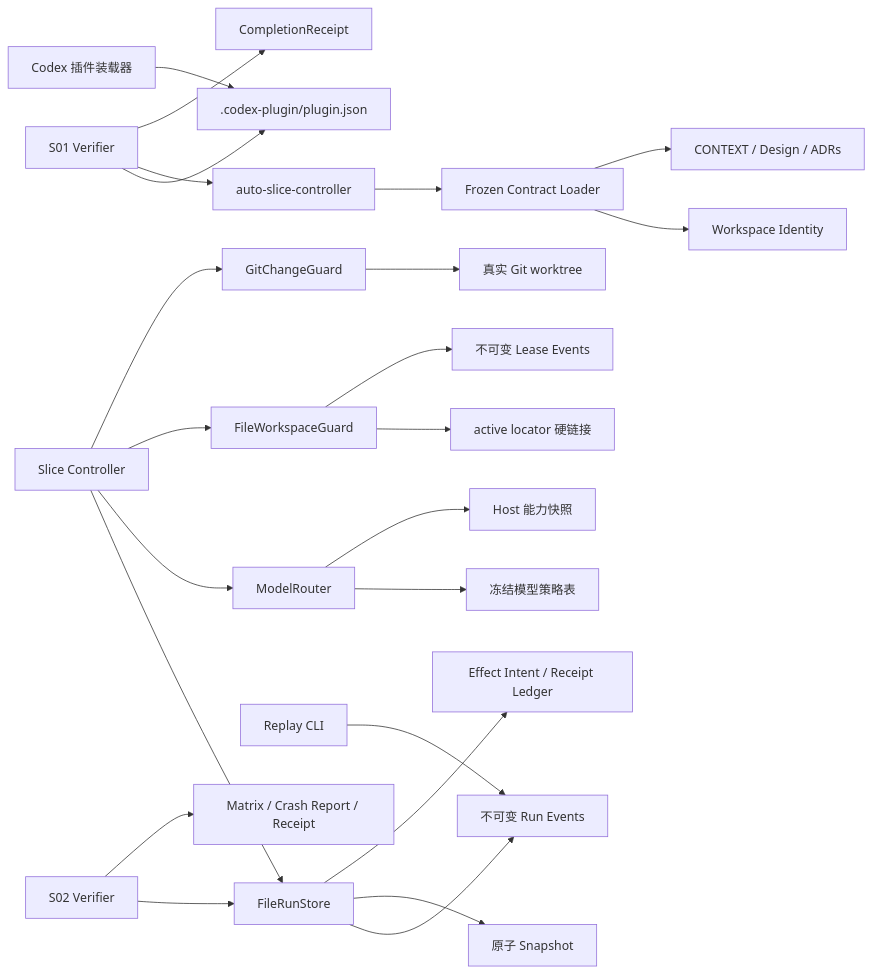
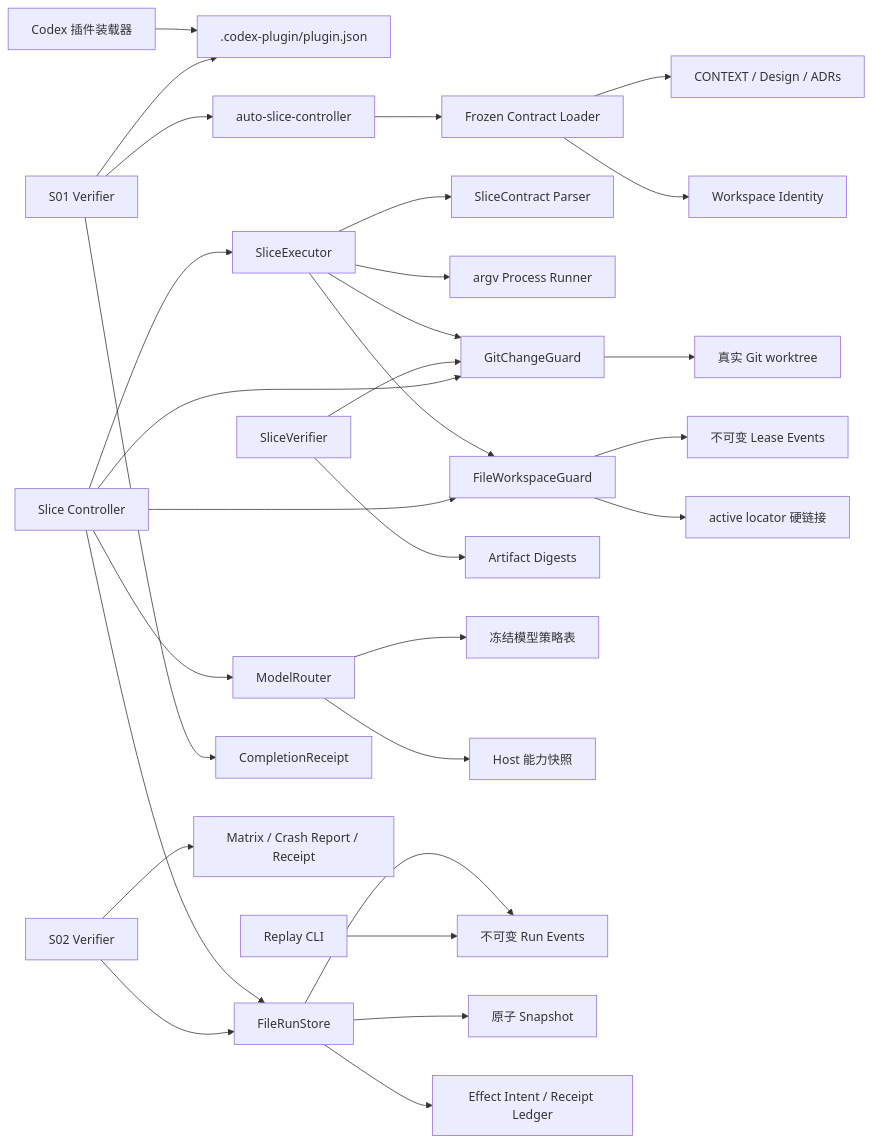
The diagram in docs/架构.md (adaelon/auto-slice), drawn with Mermaid before and after one commit. The commit also changed other lines of this file and 19 other files, not shown here.

````diff
--- a/docs/架构.md
+++ b/docs/架构.md
@@ -5,25 +5,32 @@
 ```mermaid
 flowchart LR
   Codex["Codex 插件装载器"] --> Manifest[".codex-plugin/plugin.json"]
   CLI["auto-slice-controller"] --> Loader["Frozen Contract Loader"]
   Loader --> Identity["Workspace Identity"]
   Loader --> Inputs["CONTEXT / Design / ADRs"]
   Controller["Slice Controller"] --> RunStore["FileRunStore"]
   Controller --> ModelRouter["ModelRouter"]
+  Controller --> SliceExecutor["SliceExecutor"]
+  SliceExecutor --> ContractParser["SliceContract Parser"]
+  SliceExecutor --> ProcessRunner["argv Process Runner"]
+  SliceExecutor --> WorkspaceGuard
+  SliceExecutor --> ChangeGuard
+  SliceVerifier["SliceVerifier"] --> ChangeGuard
+  SliceVerifier --> Artifacts["Artifact Digests"]
   ModelRouter --> PolicyTable["冻结模型策略表"]
   ModelRouter --> HostCapabilities["Host 能力快照"]
   RunStore --> Events["不可变 Run Events"]
   RunStore --> Snapshot["原子 Snapshot"]
   RunStore --> Effects["Effect Intent / Receipt Ledger"]
   Controller --> WorkspaceGuard["FileWorkspaceGuard"]
   WorkspaceGuard --> ActiveLease["active locator 硬链接"]
   WorkspaceGuard --> LeaseEvents["不可变 Lease Events"]
   Controller --> ChangeGuard["GitChangeGuard"]
   ChangeGuard --> Git["真实 Git worktree"]
   Replay["Replay CLI"] --> Events
   Verifier["S01 Verifier"] --> Manifest
   Verifier --> CLI
   Verifier --> Receipt["CompletionReceipt"]
   S02Verifier["S02 Verifier"] --> RunStore
   S02Verifier --> S02Evidence["Matrix / Crash Report / Receipt"]
 ```
````
